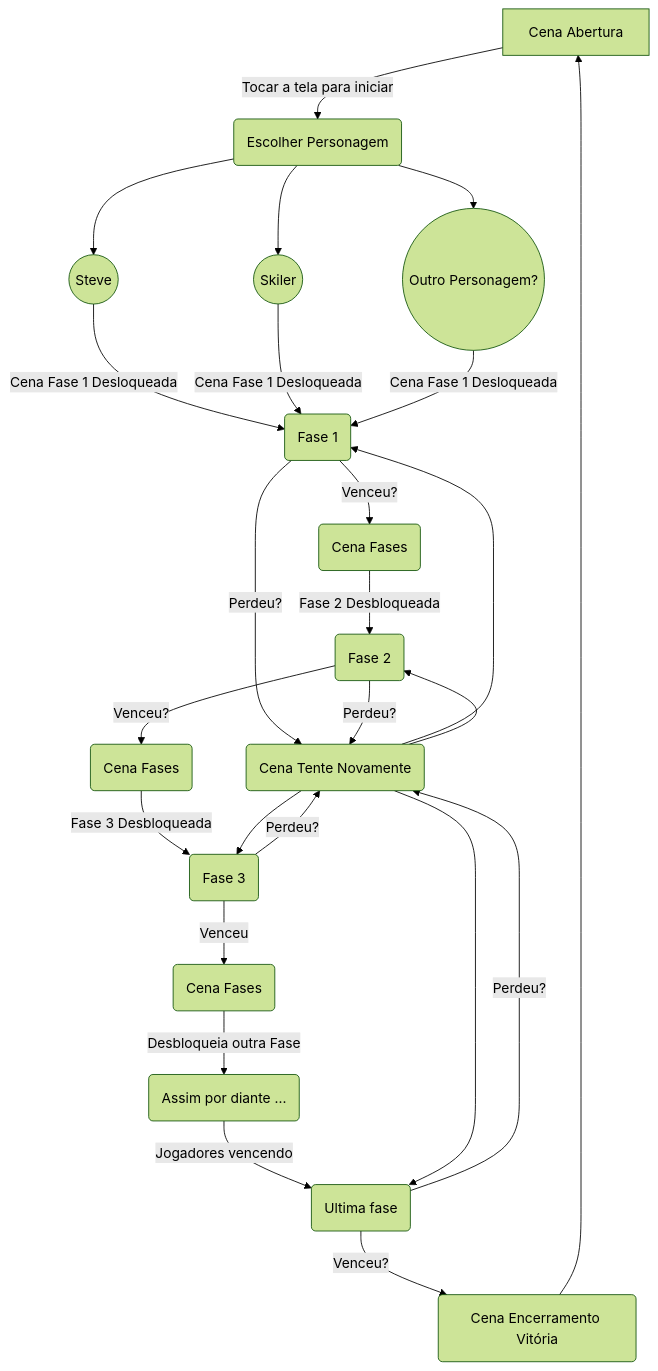
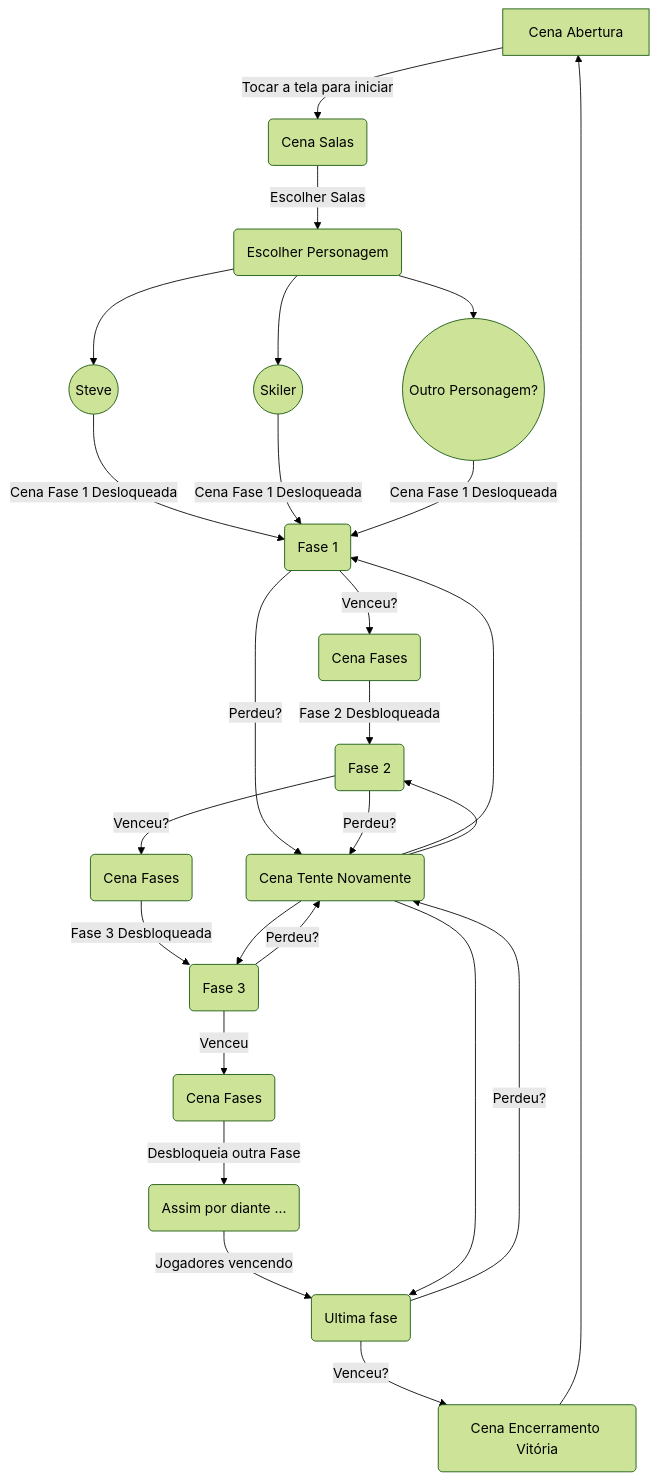
Before and after one commit to Hoff-Games/FutHoff: the diagram in README.md, drawn with Mermaid (forest theme).

````diff
--- a/README.md
+++ b/README.md
@@ -95,20 +95,21 @@
 ```mermaid
 flowchart
-    A[Cena Abertura] --> |Tocar a tela para iniciar| B(Escolher Personagem) 
+    A[Cena Abertura] --> |Tocar a tela para iniciar| F(Cena Salas) 
+    F --> |Escolher Salas| B(Escolher Personagem) 
     B --> C((Steve))
     B --> D((Skiler))
     B --> E((Outro Personagem?))
     C --> |Cena Fase 1 Desloqueada| N(Fase 1)
     D --> |Cena Fase 1 Desloqueada| N(Fase 1)
     E --> |Cena Fase 1 Desloqueada| N(Fase 1)
     N --> |Venceu?| Q(Cena Fases) --> |Fase 2 Desbloqueada| O(Fase 2)
     N --> |Perdeu?| P(Cena tente novamente) --> N(Fase 1)
     O --> |Perdeu?| P(Cena tente novamente) --> O(Fase 2)
     O --> |Venceu?| R(Cena Fases) --> |Fase 3 Desbloqueada| S(Fase 3)
     S --> |Venceu| W(Cena Fases) --> |Desbloqueia outra Fase| T(Assim por diante ...)
     S --> |Perdeu?| P(Cena tente novamente) --> S
     T --> |Jogadores vencendo| U(Ultima Fase)
     U --> |Venceu?| V(Cena Encerramento Vitória)
     U --> |Perdeu?| P(Cena Tente Novamente) --> U(Ultima fase)
     V --> A[Cena Abertura]
 ```
````
